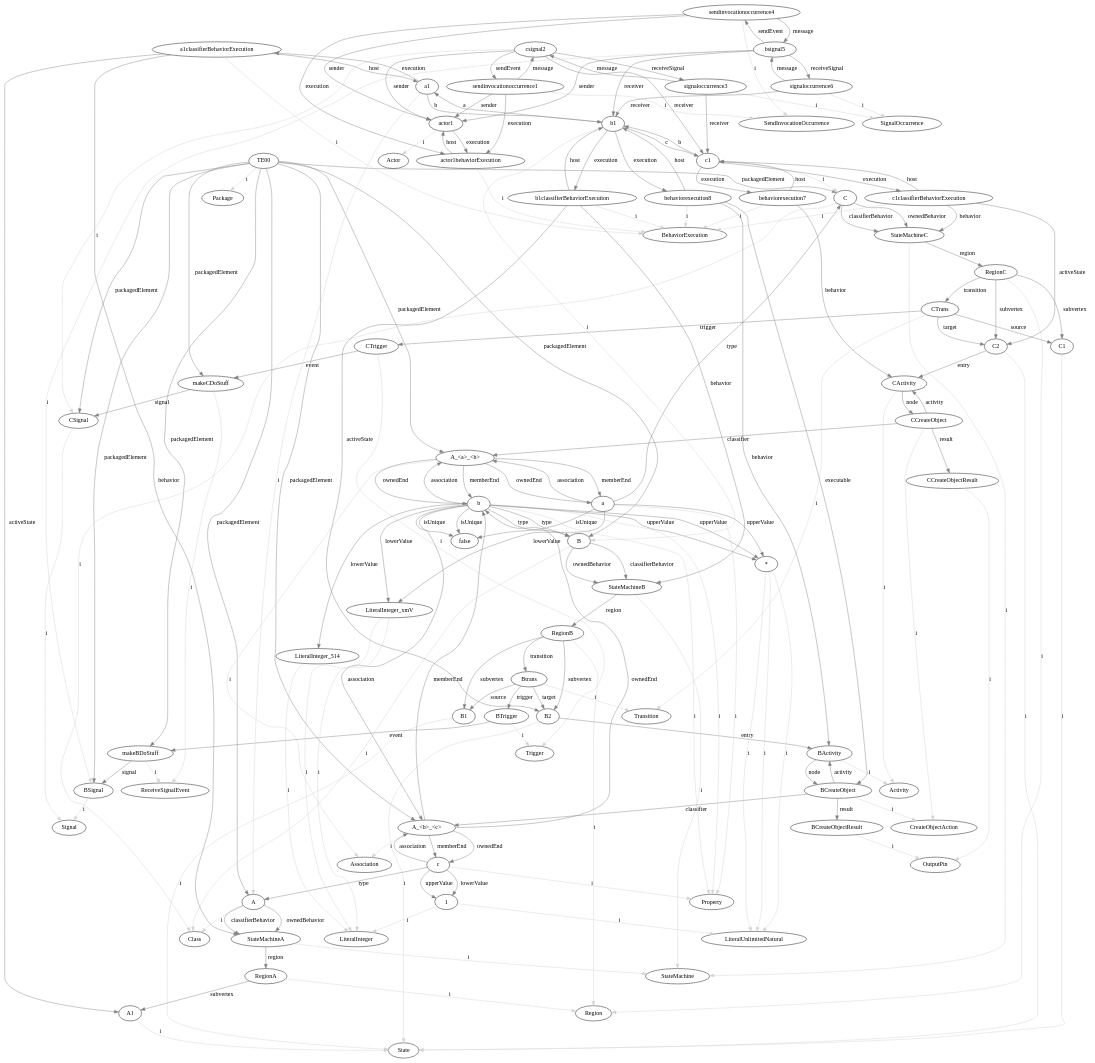
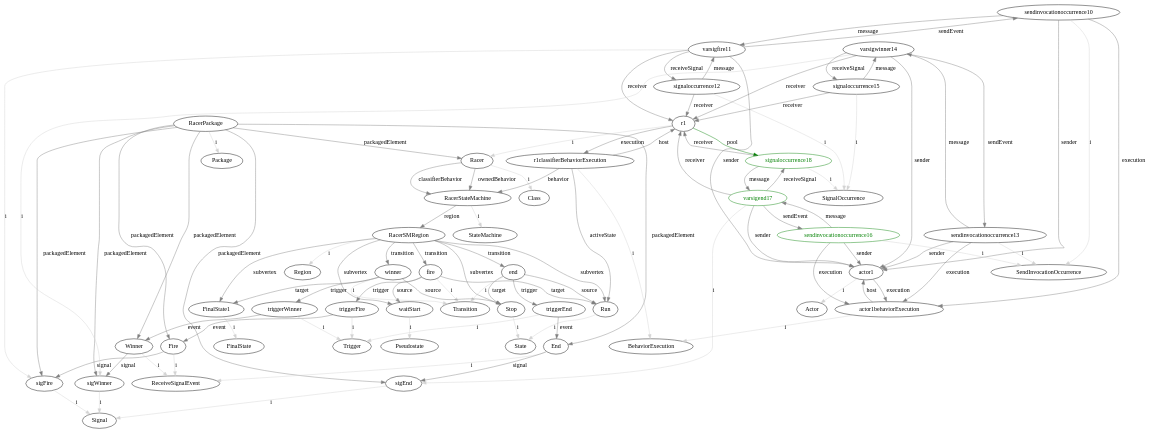
Before and after one commit to luisneiva/graf-framework: the diagram in GraphOutputs/state5.dot, drawn with Graphviz. The commit also changed 13 other files, not shown here.

```diff
--- a/GraphOutputs/state5.dot
+++ b/GraphOutputs/state5.dot
@@ -1,176 +1,118 @@
 digraph umlMetamodel {
-	"TE00" -> "Package" [label="i", color="lightgrey"]
-	"TE00" -> "C" [label="packagedElement", color="grey"]
-	"C" -> "Class" [label="i", color="lightgrey"]
-	"C" -> "StateMachineC" [label="classifierBehavior", color="grey"]
-	"C" -> "StateMachineC" [label="ownedBehavior", color="grey"]
-	"StateMachineC" -> "StateMachine" [label="i", color="lightgrey"]
-	"StateMachineC" -> "RegionC" [label="region", color="grey"]
-	"RegionC" -> "Region" [label="i", color="lightgrey"]
-	"RegionC" -> "C1" [label="subvertex", color="grey"]
-	"C1" -> "State" [label="i", color="lightgrey"]
-	"RegionC" -> "C2" [label="subvertex", color="grey"]
-	"C2" -> "State" [label="i", color="lightgrey"]
-	"C2" -> "CActivity" [label="entry", color="grey"]
-	"CActivity" -> "Activity" [label="i", color="lightgrey"]
-	"CActivity" -> "CCreateObject" [label="node", color="grey"]
-	"CCreateObject" -> "CActivity" [label="activity", color="grey"]
-	"CCreateObject" -> "CreateObjectAction" [label="i", color="lightgrey"]
-	"CCreateObject" -> "A_<a>_<b>" [label="classifier", color="grey"]
-	"CCreateObject" -> "CCreateObjectResult" [label="result", color="grey"]
-	"CCreateObjectResult" -> "OutputPin" [label="i", color="lightgrey"]
-	"RegionC" -> "CTrans" [label="transition", color="grey"]
-	"CTrans" -> "Transition" [label="i", color="lightgrey"]
-	"CTrans" -> "C1" [label="source", color="grey"]
-	"CTrans" -> "C2" [label="target", color="grey"]
-	"CTrans" -> "CTrigger" [label="trigger", color="grey"]
-	"CTrigger" -> "Trigger" [label="i", color="lightgrey"]
-	"CTrigger" -> "makeCDoStuff" [label="event", color="grey"]
-	"TE00" -> "B" [label="packagedElement", color="grey"]
-	"B" -> "Class" [label="i", color="lightgrey"]
-	"B" -> "StateMachineB" [label="classifierBehavior", color="grey"]
-	"B" -> "StateMachineB" [label="ownedBehavior", color="grey"]
-	"StateMachineB" -> "StateMachine" [label="i", color="lightgrey"]
-	"StateMachineB" -> "RegionB" [label="region", color="grey"]
-	"RegionB" -> "Region" [label="i", color="lightgrey"]
-	"RegionB" -> "B1" [label="subvertex", color="grey"]
-	"B1" -> "State" [label="i", color="lightgrey"]
-	"RegionB" -> "B2" [label="subvertex", color="grey"]
-	"B2" -> "State" [label="i", color="lightgrey"]
-	"B2" -> "BActivity" [label="entry", color="grey"]
-	"BActivity" -> "Activity" [label="i", color="lightgrey"]
-	"BActivity" -> "BCreateObject" [label="node", color="grey"]
-	"BCreateObject" -> "BActivity" [label="activity", color="grey"]
-	"BCreateObject" -> "CreateObjectAction" [label="i", color="lightgrey"]
-	"BCreateObject" -> "A_<b>_<c>" [label="classifier", color="grey"]
-	"BCreateObject" -> "BCreateObjectResult" [label="result", color="grey"]
-	"BCreateObjectResult" -> "OutputPin" [label="i", color="lightgrey"]
-	"RegionB" -> "Btrans" [label="transition", color="grey"]
-	"Btrans" -> "Transition" [label="i", color="lightgrey"]
-	"Btrans" -> "B1" [label="source", color="grey"]
-	"Btrans" -> "B2" [label="target", color="grey"]
-	"Btrans" -> "BTrigger" [label="trigger", color="grey"]
-	"BTrigger" -> "Trigger" [label="i", color="lightgrey"]
-	"BTrigger" -> "makeBDoStuff" [label="event", color="grey"]
-	"TE00" -> "A" [label="packagedElement", color="grey"]
-	"A" -> "Class" [label="i", color="lightgrey"]
-	"A" -> "StateMachineA" [label="classifierBehavior", color="grey"]
-	"A" -> "StateMachineA" [label="ownedBehavior", color="grey"]
-	"StateMachineA" -> "StateMachine" [label="i", color="lightgrey"]
-	"StateMachineA" -> "RegionA" [label="region", color="grey"]
-	"RegionA" -> "Region" [label="i", color="lightgrey"]
-	"RegionA" -> "A1" [label="subvertex", color="grey"]
-	"A1" -> "State" [label="i", color="lightgrey"]
-	"TE00" -> "A_<a>_<b>" [label="packagedElement", color="grey"]
-	"A_<a>_<b>" -> "Association" [label="i", color="lightgrey"]
-	"A_<a>_<b>" -> "a" [label="memberEnd", color="grey"]
-	"A_<a>_<b>" -> "b" [label="memberEnd", color="grey"]
-	"A_<a>_<b>" -> "a" [label="ownedEnd", color="grey"]
-	"a" -> "Property" [label="i", color="lightgrey"]
-	"a" -> "C" [label="type", color="grey"]
-	"a" -> "false" [label="isUnique", color="grey"]
-	"a" -> "A_<a>_<b>" [label="association", color="grey"]
-	"a" -> "*" [label="upperValue", color="grey"]
-	"*" -> "LiteralUnlimitedNatural" [label="i", color="lightgrey"]
-	"a" -> "LiteralInteger_xmV" [label="lowerValue", color="grey"]
-	"LiteralInteger_xmV" -> "LiteralInteger" [label="i", color="lightgrey"]
-	"A_<a>_<b>" -> "b" [label="ownedEnd", color="grey"]
-	"b" -> "Property" [label="i", color="lightgrey"]
-	"b" -> "B" [label="type", color="grey"]
-	"b" -> "false" [label="isUnique", color="grey"]
-	"b" -> "A_<a>_<b>" [label="association", color="grey"]
-	"b" -> "*" [label="upperValue", color="grey"]
-	"*" -> "LiteralUnlimitedNatural" [label="i", color="lightgrey"]
-	"b" -> "LiteralInteger_xmV" [label="lowerValue", color="grey"]
-	"LiteralInteger_xmV" -> "LiteralInteger" [label="i", color="lightgrey"]
-	"TE00" -> "A_<b>_<c>" [label="packagedElement", color="grey"]
-	"A_<b>_<c>" -> "Association" [label="i", color="lightgrey"]
-	"A_<b>_<c>" -> "b" [label="memberEnd", color="grey"]
-	"A_<b>_<c>" -> "c" [label="memberEnd", color="grey"]
-	"A_<b>_<c>" -> "b" [label="ownedEnd", color="grey"]
-	"b" -> "Property" [label="i", color="lightgrey"]
-	"b" -> "B" [label="type", color="grey"]
-	"b" -> "false" [label="isUnique", color="grey"]
-	"b" -> "A_<b>_<c>" [label="association", color="grey"]
-	"b" -> "*" [label="upperValue", color="grey"]
-	"*" -> "LiteralUnlimitedNatural" [label="i", color="lightgrey"]
-	"b" -> "LiteralInteger_514" [label="lowerValue", color="grey"]
-	"LiteralInteger_514" -> "LiteralInteger" [label="i", color="lightgrey"]
-	"A_<b>_<c>" -> "c" [label="ownedEnd", color="grey"]
-	"c" -> "Property" [label="i", color="lightgrey"]
-	"c" -> "A" [label="type", color="grey"]
-	"c" -> "A_<b>_<c>" [label="association", color="grey"]
-	"c" -> "1" [label="upperValue", color="grey"]
-	"1" -> "LiteralUnlimitedNatural" [label="i", color="lightgrey"]
-	"c" -> "1" [label="lowerValue", color="grey"]
-	"1" -> "LiteralInteger" [label="i", color="lightgrey"]
-	"TE00" -> "BSignal" [label="packagedElement", color="grey"]
-	"BSignal" -> "Signal" [label="i", color="lightgrey"]
-	"TE00" -> "makeBDoStuff" [label="packagedElement", color="grey"]
-	"makeBDoStuff" -> "ReceiveSignalEvent" [label="i", color="lightgrey"]
-	"makeBDoStuff" -> "BSignal" [label="signal", color="grey"]
-	"TE00" -> "CSignal" [label="packagedElement", color="grey"]
-	"CSignal" -> "Signal" [label="i", color="lightgrey"]
-	"TE00" -> "makeCDoStuff" [label="packagedElement", color="grey"]
-	"makeCDoStuff" -> "ReceiveSignalEvent" [label="i", color="lightgrey"]
-	"makeCDoStuff" -> "CSignal" [label="signal", color="grey"]
-	"a1" -> "A" [label="i", color="lightgrey"]
-	"a1classifierBehaviorExecution" -> "BehaviorExecution" [label="i", color="lightgrey"]
-	"a1" -> "a1classifierBehaviorExecution" [label="execution", color="grey"]
-	"a1classifierBehaviorExecution" -> "a1" [label="host", color="grey"]
-	"a1classifierBehaviorExecution" -> "StateMachineA" [label="behavior", color="grey"]
-	"a1classifierBehaviorExecution" -> "A1" [label="activeState", color="grey"]
-	"b1" -> "B" [label="i", color="lightgrey"]
-	"b1" -> "b1classifierBehaviorExecution" [label="execution", color="grey"]
-	"b1classifierBehaviorExecution" -> "b1" [label="host", color="grey"]
-	"b1classifierBehaviorExecution" -> "StateMachineB" [label="behavior", color="grey"]
-	"c1" -> "C" [label="i", color="lightgrey"]
-	"c1" -> "c1classifierBehaviorExecution" [label="execution", color="grey"]
-	"c1classifierBehaviorExecution" -> "c1" [label="host", color="grey"]
-	"c1classifierBehaviorExecution" -> "StateMachineC" [label="behavior", color="grey"]
-	"a1" -> "b1" [label="b", color="grey"]
-	"b1" -> "a1" [label="a", color="grey"]
-	"b1" -> "c1" [label="c", color="grey"]
-	"c1" -> "b1" [label="b", color="grey"]
+	"RacerPackage" -> "Package" [label="i", color="lightgrey"]
+	"RacerPackage" -> "Racer" [label="packagedElement", color="grey"]
+	"Racer" -> "Class" [label="i", color="lightgrey"]
+	"Racer" -> "RacerStateMachine" [label="classifierBehavior", color="grey"]
+	"Racer" -> "RacerStateMachine" [label="ownedBehavior", color="grey"]
+	"RacerStateMachine" -> "StateMachine" [label="i", color="lightgrey"]
+	"RacerStateMachine" -> "RacerSMRegion" [label="region", color="grey"]
+	"RacerSMRegion" -> "Region" [label="i", color="lightgrey"]
+	"RacerSMRegion" -> "waitStart" [label="subvertex", color="grey"]
+	"waitStart" -> "Pseudostate" [label="i", color="lightgrey"]
+	"RacerSMRegion" -> "Run" [label="subvertex", color="grey"]
+	"Run" -> "State" [label="i", color="lightgrey"]
+	"RacerSMRegion" -> "Stop" [label="subvertex", color="grey"]
+	"Stop" -> "State" [label="i", color="lightgrey"]
+	"RacerSMRegion" -> "FinalState1" [label="subvertex", color="grey"]
+	"FinalState1" -> "FinalState" [label="i", color="lightgrey"]
+	"RacerSMRegion" -> "fire" [label="transition", color="grey"]
+	"fire" -> "Transition" [label="i", color="lightgrey"]
+	"fire" -> "waitStart" [label="source", color="grey"]
+	"fire" -> "Run" [label="target", color="grey"]
+	"fire" -> "triggerFire" [label="trigger", color="grey"]
+	"triggerFire" -> "Trigger" [label="i", color="lightgrey"]
+	"triggerFire" -> "Fire" [label="event", color="grey"]
+	"RacerSMRegion" -> "end" [label="transition", color="grey"]
+	"end" -> "Transition" [label="i", color="lightgrey"]
+	"end" -> "Run" [label="source", color="grey"]
+	"end" -> "Stop" [label="target", color="grey"]
+	"end" -> "triggerEnd" [label="trigger", color="grey"]
+	"triggerEnd" -> "Trigger" [label="i", color="lightgrey"]
+	"triggerEnd" -> "End" [label="event", color="grey"]
+	"RacerSMRegion" -> "winner" [label="transition", color="grey"]
+	"winner" -> "Transition" [label="i", color="lightgrey"]
+	"winner" -> "Stop" [label="source", color="grey"]
+	"winner" -> "FinalState1" [label="target", color="grey"]
+	"winner" -> "triggerWinner" [label="trigger", color="grey"]
+	"triggerWinner" -> "Trigger" [label="i", color="lightgrey"]
+	"triggerWinner" -> "Winner" [label="event", color="grey"]
+	"RacerPackage" -> "sigFire" [label="packagedElement", color="grey"]
+	"sigFire" -> "Signal" [label="i", color="lightgrey"]
+	"RacerPackage" -> "Fire" [label="packagedElement", color="grey"]
+	"Fire" -> "ReceiveSignalEvent" [label="i", color="lightgrey"]
+	"Fire" -> "sigFire" [label="signal", color="grey"]
+	"RacerPackage" -> "sigEnd" [label="packagedElement", color="grey"]
+	"sigEnd" -> "Signal" [label="i", color="lightgrey"]
+	"RacerPackage" -> "End" [label="packagedElement", color="grey"]
+	"End" -> "ReceiveSignalEvent" [label="i", color="lightgrey"]
+	"End" -> "sigEnd" [label="signal", color="grey"]
+	"RacerPackage" -> "sigWinner" [label="packagedElement", color="grey"]
+	"sigWinner" -> "Signal" [label="i", color="lightgrey"]
+	"RacerPackage" -> "Winner" [label="packagedElement", color="grey"]
+	"Winner" -> "ReceiveSignalEvent" [label="i", color="lightgrey"]
+	"Winner" -> "sigWinner" [label="signal", color="grey"]
+	"r1" -> "Racer" [label="i", color="lightgrey"]
+	"r1classifierBehaviorExecution" -> "BehaviorExecution" [label="i", color="lightgrey"]
+	"r1" -> "r1classifierBehaviorExecution" [label="execution", color="grey"]
+	"r1classifierBehaviorExecution" -> "r1" [label="host", color="grey"]
+	"r1classifierBehaviorExecution" -> "RacerStateMachine" [label="behavior", color="grey"]
+	"r1classifierBehaviorExecution" -> "Run" [label="activeState", color="grey"]
 	"actor1" -> "Actor" [label="i", color="lightgrey"]
 	"actor1behaviorExecution" -> "BehaviorExecution" [label="i", color="lightgrey"]
 	"actor1" -> "actor1behaviorExecution" [label="execution", color="grey"]
 	"actor1behaviorExecution" -> "actor1" [label="host", color="grey"]
-	"sendinvocationoccurrence1" -> "SendInvocationOccurrence" [label="i", color="lightgrey"]
-	"sendinvocationoccurrence1" -> "csignal2" [label="message", color="grey"]
-	"csignal2" -> "sendinvocationoccurrence1" [label="sendEvent", color="grey"]
-	"csignal2" -> "signaloccurrence3" [label="receiveSignal", color="grey"]
-	"signaloccurrence3" -> "csignal2" [label="message", color="grey"]
-	"signaloccurrence3" -> "SignalOccurrence" [label="i", color="lightgrey"]
-	"csignal2" -> "CSignal" [label="i", color="lightgrey"]
-	"signaloccurrence3" -> "c1" [label="receiver", color="grey"]
-	"csignal2" -> "actor1" [label="sender", color="grey"]
-	"sendinvocationoccurrence1" -> "actor1" [label="sender", color="grey"]
-	"csignal2" -> "c1" [label="receiver", color="grey"]
-	"sendinvocationoccurrence1" -> "actor1behaviorExecution" [label="execution", color="grey"]
-	"sendinvocationoccurrence4" -> "SendInvocationOccurrence" [label="i", color="lightgrey"]
-	"sendinvocationoccurrence4" -> "bsignal5" [label="message", color="grey"]
-	"bsignal5" -> "sendinvocationoccurrence4" [label="sendEvent", color="grey"]
-	"bsignal5" -> "signaloccurrence6" [label="receiveSignal", color="grey"]
-	"signaloccurrence6" -> "bsignal5" [label="message", color="grey"]
-	"signaloccurrence6" -> "SignalOccurrence" [label="i", color="lightgrey"]
-	"bsignal5" -> "BSignal" [label="i", color="lightgrey"]
-	"signaloccurrence6" -> "b1" [label="receiver", color="grey"]
-	"bsignal5" -> "actor1" [label="sender", color="grey"]
-	"sendinvocationoccurrence4" -> "actor1" [label="sender", color="grey"]
-	"bsignal5" -> "b1" [label="receiver", color="grey"]
-	"sendinvocationoccurrence4" -> "actor1behaviorExecution" [label="execution", color="grey"]
-	"c1classifierBehaviorExecution" -> "C2" [label="activeState", color="grey"]
-	"behaviorexecution7" -> "CActivity" [label="behavior", color="grey"]
-	"behaviorexecution7" -> "BehaviorExecution" [label="i", color="lightgrey"]
-	"behaviorexecution7" -> "c1" [label="host", color="grey"]
-	"c1" -> "behaviorexecution7" [label="execution", color="grey"]
-	"c1classifierBehaviorExecution" -> "BehaviorExecution" [label="i", color="lightgrey"]
-	"b1classifierBehaviorExecution" -> "B2" [label="activeState", color="grey"]
-	"behaviorexecution8" -> "BActivity" [label="behavior", color="grey"]
-	"behaviorexecution8" -> "BehaviorExecution" [label="i", color="lightgrey"]
-	"behaviorexecution8" -> "b1" [label="host", color="grey"]
-	"b1" -> "behaviorexecution8" [label="execution", color="grey"]
-	"b1classifierBehaviorExecution" -> "BehaviorExecution" [label="i", color="lightgrey"]
-	"behaviorexecution8" -> "BCreateObject" [label="executable", color="grey"]
+	"sendinvocationoccurrence10" -> "SendInvocationOccurrence" [label="i", color="lightgrey"]
+	"sendinvocationoccurrence10" -> "varsigfire11" [label="message", color="grey"]
+	"varsigfire11" -> "sendinvocationoccurrence10" [label="sendEvent", color="grey"]
+	"varsigfire11" -> "signaloccurrence12" [label="receiveSignal", color="grey"]
+	"signaloccurrence12" -> "varsigfire11" [label="message", color="grey"]
+	"signaloccurrence12" -> "SignalOccurrence" [label="i", color="lightgrey"]
+	"varsigfire11" -> "sigFire" [label="i", color="lightgrey"]
+	"signaloccurrence12" -> "r1" [label="receiver", color="grey"]
+	"varsigfire11" -> "actor1" [label="sender", color="grey"]
+	"sendinvocationoccurrence10" -> "actor1" [label="sender", color="grey"]
+	"varsigfire11" -> "r1" [label="receiver", color="grey"]
+	"sendinvocationoccurrence10" -> "actor1behaviorExecution" [label="execution", color="grey"]
+	"sendinvocationoccurrence13" -> "SendInvocationOccurrence" [label="i", color="lightgrey"]
+	"sendinvocationoccurrence13" -> "varsigwinner14" [label="message", color="grey"]
+	"varsigwinner14" -> "sendinvocationoccurrence13" [label="sendEvent", color="grey"]
+	"varsigwinner14" -> "signaloccurrence15" [label="receiveSignal", color="grey"]
+	"signaloccurrence15" -> "varsigwinner14" [label="message", color="grey"]
+	"signaloccurrence15" -> "SignalOccurrence" [label="i", color="lightgrey"]
+	"varsigwinner14" -> "sigWinner" [label="i", color="lightgrey"]
+	"signaloccurrence15" -> "r1" [label="receiver", color="grey"]
+	"varsigwinner14" -> "actor1" [label="sender", color="grey"]
+	"sendinvocationoccurrence13" -> "actor1" [label="sender", color="grey"]
+	"varsigwinner14" -> "r1" [label="receiver", color="grey"]
+	"sendinvocationoccurrence13" -> "actor1behaviorExecution" [label="execution", color="grey"]
+	"sendinvocationoccurrence16" -> "SendInvocationOccurrence" [label="i", color="lightgrey"]
+	"sendinvocationoccurrence16" [color="green", fontcolor="green"]
+	"sendinvocationoccurrence16" -> "varsigend17" [label="message", color="grey"]
+	"sendinvocationoccurrence16" [color="green", fontcolor="green"]
+	"varsigend17" [color="green", fontcolor="green"]
+	"varsigend17" -> "sendinvocationoccurrence16" [label="sendEvent", color="grey"]
+	"varsigend17" [color="green", fontcolor="green"]
+	"sendinvocationoccurrence16" [color="green", fontcolor="green"]
+	"varsigend17" -> "signaloccurrence18" [label="receiveSignal", color="grey"]
+	"varsigend17" [color="green", fontcolor="green"]
+	"signaloccurrence18" [color="green", fontcolor="green"]
+	"signaloccurrence18" -> "varsigend17" [label="message", color="grey"]
+	"signaloccurrence18" [color="green", fontcolor="green"]
+	"varsigend17" [color="green", fontcolor="green"]
+	"signaloccurrence18" -> "SignalOccurrence" [label="i", color="lightgrey"]
+	"signaloccurrence18" [color="green", fontcolor="green"]
+	"varsigend17" -> "sigEnd" [label="i", color="lightgrey"]
+	"varsigend17" [color="green", fontcolor="green"]
+	"signaloccurrence18" -> "r1" [label="receiver", color="grey"]
+	"signaloccurrence18" [color="green", fontcolor="green"]
+	"r1" -> "signaloccurrence18" [label="pool", color="green"]
+	"signaloccurrence18" [color="green", fontcolor="green"]
+	"varsigend17" -> "actor1" [label="sender", color="grey"]
+	"varsigend17" [color="green", fontcolor="green"]
+	"sendinvocationoccurrence16" -> "actor1" [label="sender", color="grey"]
+	"sendinvocationoccurrence16" [color="green", fontcolor="green"]
+	"varsigend17" -> "r1" [label="receiver", color="grey"]
+	"varsigend17" [color="green", fontcolor="green"]
+	"sendinvocationoccurrence16" -> "actor1behaviorExecution" [label="execution", color="grey"]
+	"sendinvocationoccurrence16" [color="green", fontcolor="green"]
 }
```
